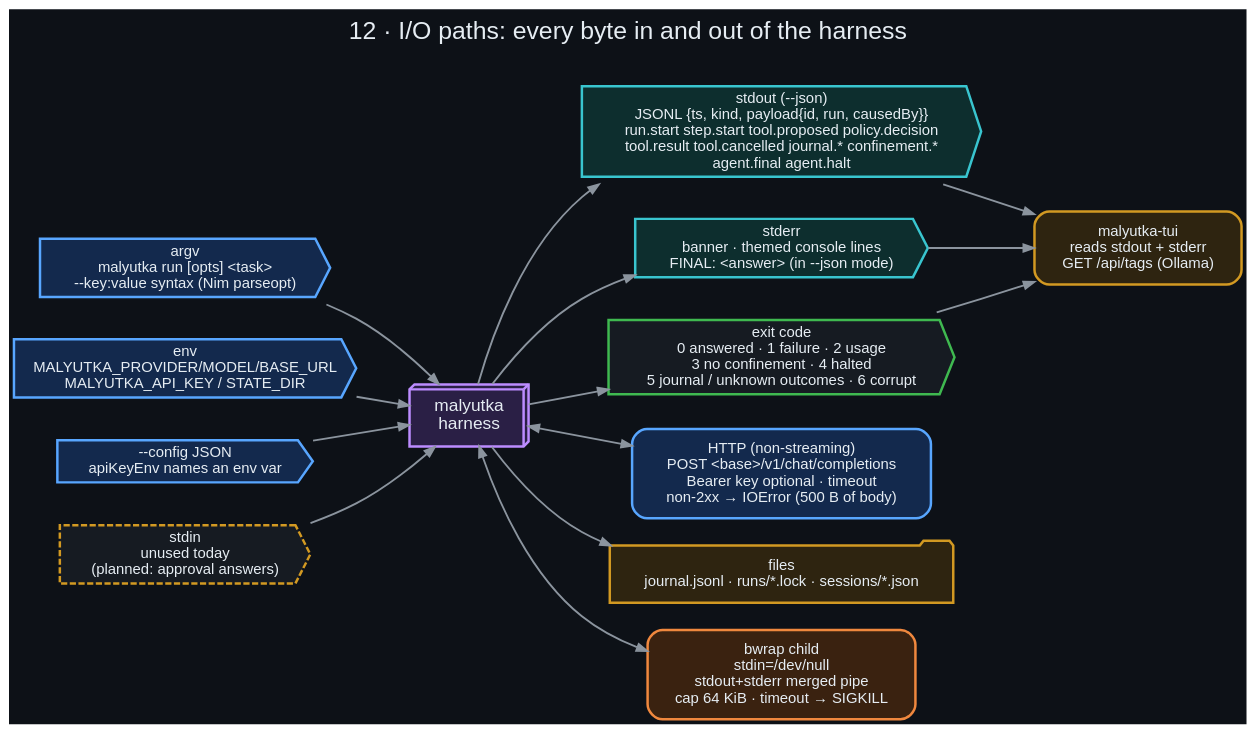
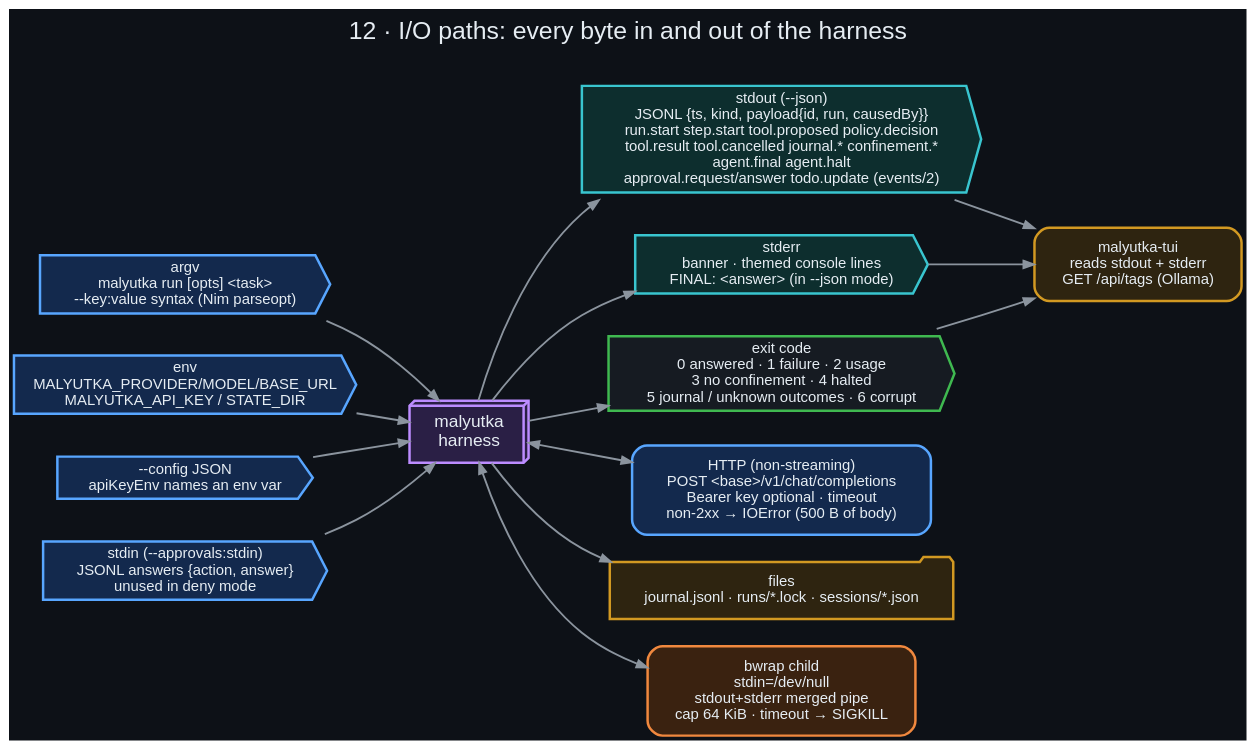
One commit to danindiana/malyutka changed the diagram in docs/diagrams/12_io_paths.dot. Above: the diagram before and after it, drawn with Graphviz. The commit also changed 38 other files, not shown here.

```diff
--- a/docs/diagrams/12_io_paths.dot
+++ b/docs/diagrams/12_io_paths.dot
@@ -1,22 +1,22 @@
 digraph io {
     graph [bgcolor="#0d1117", fontname="Helvetica", fontcolor="#e6edf3", labelloc="t", fontsize=20, rankdir=LR,
            label="12 · I/O paths: every byte in and out of the harness\n ", nodesep=0.3, ranksep=0.6];
     node  [fontname="Helvetica", fontcolor="#e6edf3", color="#30363d", style="filled,rounded", shape=box, penwidth=2, margin="0.22,0.14", fillcolor="#161b22", fontsize=12];
     edge  [color="#8b949e", fontname="Helvetica", fontcolor="#adbac7", penwidth=1.5, arrowsize=0.85, fontsize=10];
 
     argv [label="argv\nmalyutka run [opts] <task>\n--key:value syntax (Nim parseopt)", shape=cds, color="#58a6ff", fillcolor="#13294d"];
     env [label="env\nMALYUTKA_PROVIDER/MODEL/BASE_URL\nMALYUTKA_API_KEY / STATE_DIR", shape=cds, color="#58a6ff", fillcolor="#13294d"];
     cfg [label="--config JSON\napiKeyEnv names an env var", shape=cds, color="#58a6ff", fillcolor="#13294d"];
-    stdin [label="stdin\nunused today\n(planned: approval answers)", shape=cds, color="#d29922", style="filled,dashed"];
+    stdin [label="stdin (--approvals:stdin)\nJSONL answers {action, answer}\nunused in deny mode", shape=cds, color="#58a6ff", fillcolor="#13294d"];
     h [label="malyutka\nharness", shape=box3d, color="#bc8cff", fillcolor="#2a1f45", fontsize=14];
-    stdout [label="stdout (--json)\nJSONL {ts, kind, payload{id, run, causedBy}}\nrun.start step.start tool.proposed policy.decision\ntool.result tool.cancelled journal.* confinement.*\nagent.final agent.halt", shape=cds, color="#39c5cf", fillcolor="#0d2e2e"];
+    stdout [label="stdout (--json)\nJSONL {ts, kind, payload{id, run, causedBy}}\nrun.start step.start tool.proposed policy.decision\ntool.result tool.cancelled journal.* confinement.*\nagent.final agent.halt\napproval.request/answer todo.update (events/2)", shape=cds, color="#39c5cf", fillcolor="#0d2e2e"];
     stderr [label="stderr\nbanner · themed console lines\nFINAL: <answer> (in --json mode)", shape=cds, color="#39c5cf", fillcolor="#0d2e2e"];
     exitc [label="exit code\n0 answered · 1 failure · 2 usage\n3 no confinement · 4 halted\n5 journal / unknown outcomes · 6 corrupt", shape=cds, color="#3fb950"];
     http [label="HTTP (non-streaming)\nPOST <base>/v1/chat/completions\nBearer key optional · timeout\nnon-2xx → IOError (500 B of body)", color="#58a6ff", fillcolor="#13294d"];
     disk [label="files\njournal.jsonl · runs/*.lock · sessions/*.json", shape=folder, color="#d29922", fillcolor="#2e2410"];
     child [label="bwrap child\nstdin=/dev/null\nstdout+stderr merged pipe\ncap 64 KiB · timeout → SIGKILL", color="#f0883e", fillcolor="#3a2210"];
     tui [label="malyutka-tui\nreads stdout + stderr\nGET /api/tags (Ollama)", color="#d29922", fillcolor="#2e2410"];
 
     {argv env cfg stdin} -> h; h -> {stdout stderr exitc}; h -> http [dir=both]; h -> disk; h -> child [dir=both];
     stdout -> tui; stderr -> tui; exitc -> tui;
 }
```
